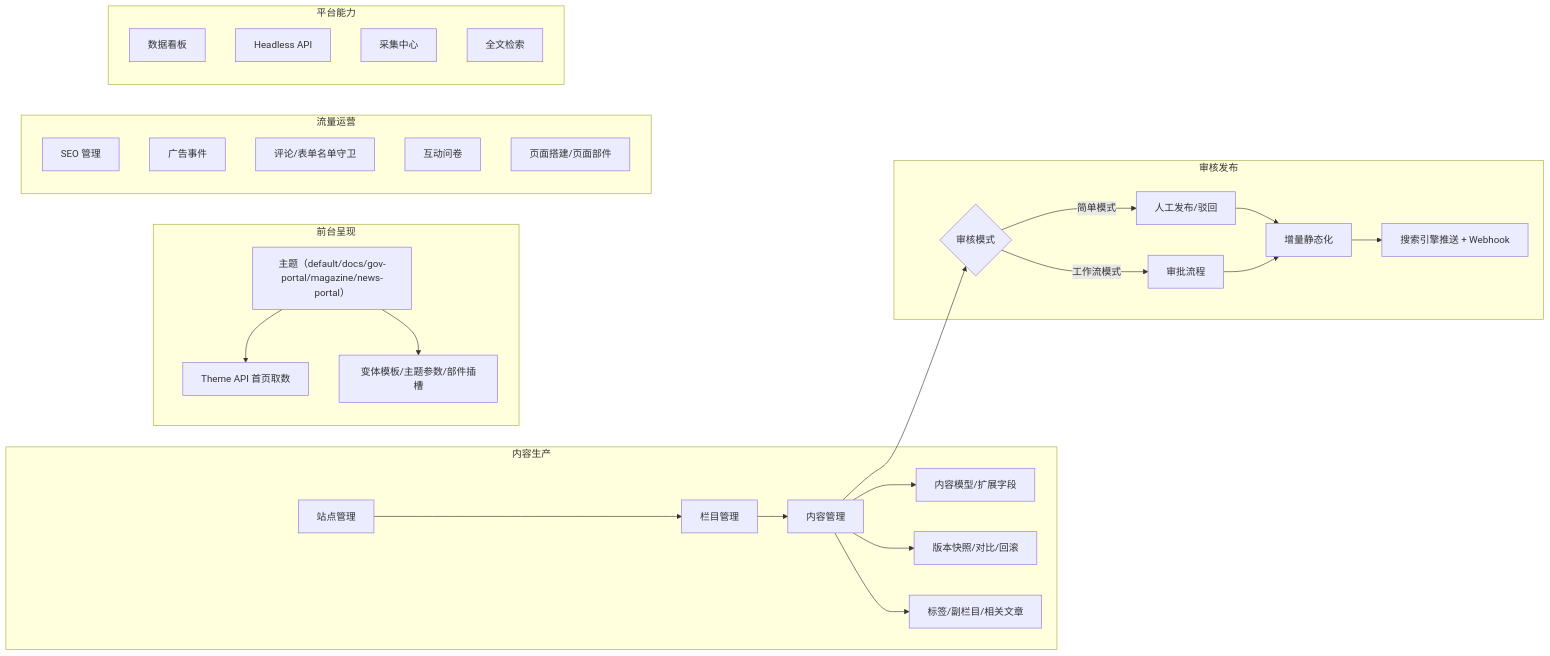
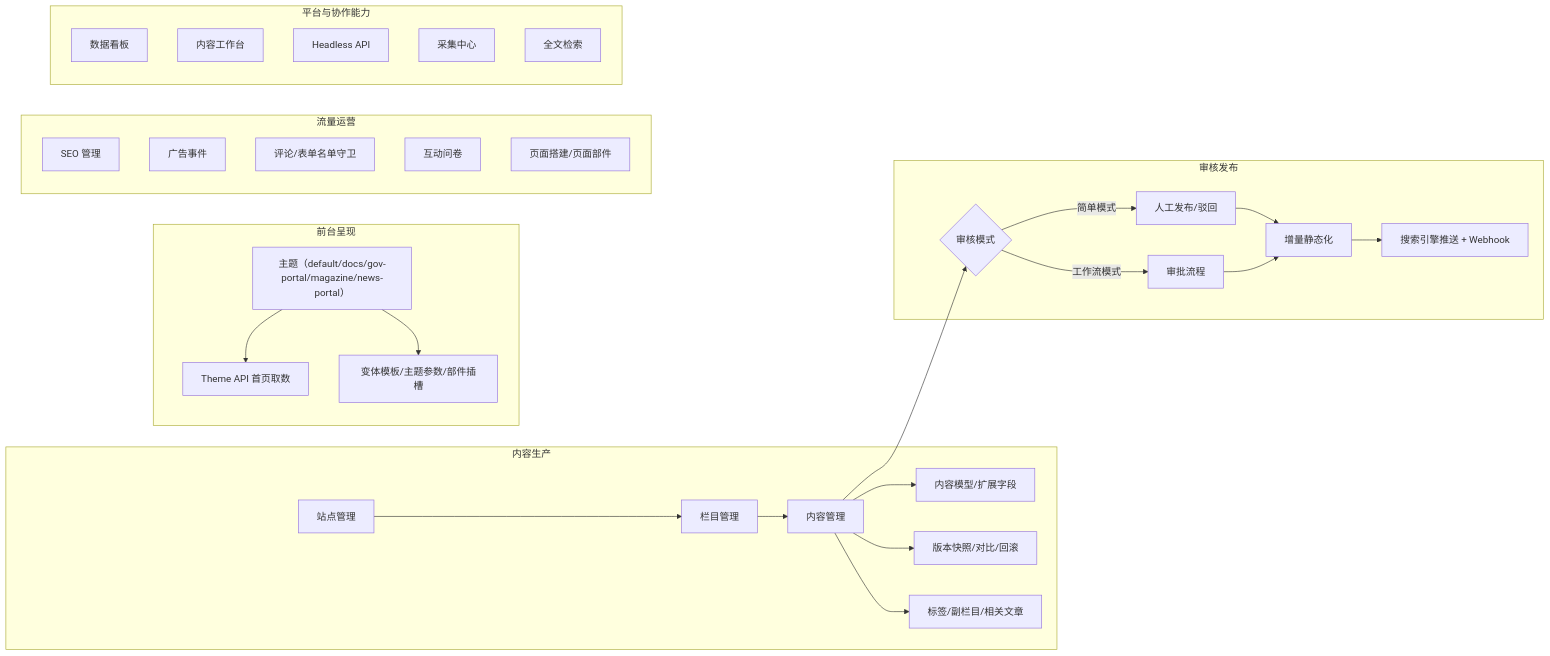
Before and after one commit to iwangbowen/zenith-admin: the diagram in docs/cms/index.md, drawn with Mermaid. The commit also changed other lines of this file and 13 other files, not shown here.

````diff
--- a/docs/cms/index.md
+++ b/docs/cms/index.md
@@ -7,27 +7,27 @@
 ```mermaid
 graph LR
     subgraph 内容生产
         A[站点管理] --> B[栏目管理]
         B --> C[内容管理]
         C --> C1[内容模型/扩展字段]
         C --> C2[版本快照/对比/回滚]
         C --> C3[标签/副栏目/相关文章]
     end
     subgraph 审核发布
         C --> D{审核模式}
         D -->|简单模式| D1[人工发布/驳回]
         D -->|工作流模式| D2[审批流程]
         D1 & D2 --> E[增量静态化]
         E --> F[搜索引擎推送 + Webhook]
     end
     subgraph 前台呈现
         T[主题（default/docs/gov-portal/magazine/news-portal）] --> T1[Theme API 首页取数]
         T --> T2[变体模板/主题参数/部件插槽]
     end
     subgraph 流量运营
         G[SEO 管理] & H[广告事件] & I[评论/表单名单守卫] & J[互动问卷] & K[页面搭建/页面部件]
     end
-    subgraph 平台能力
-        L[数据看板] & M[Headless API] & N[采集中心] & O[全文检索]
+    subgraph 平台与协作能力
+        L[数据看板] & M[内容工作台] & N[Headless API] & O[采集中心] & P[全文检索]
     end
 ```
````
